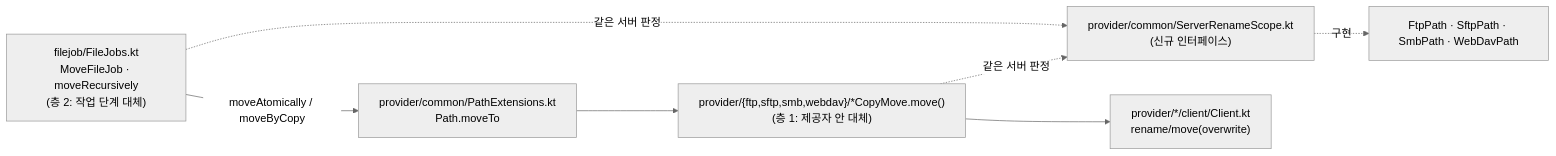
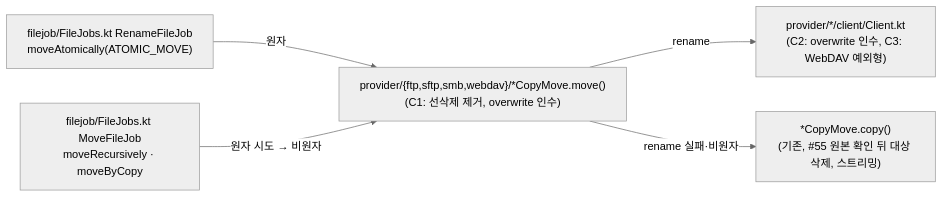
Before and after one commit to curtana/MaterialFiles: the diagram in docs/design/95-network-move/HLD.md, drawn with Mermaid (neutral theme). The commit also changed other lines of this file and 1 other file, not shown here.

Commit message:
Rework #95 SRS/HLD for owner rename/move split

````diff
--- a/docs/design/95-network-move/HLD.md
+++ b/docs/design/95-network-move/HLD.md
@@ -13,12 +13,7 @@
 ```mermaid
 flowchart LR
-  FJ["filejob/FileJobs.kt<br/>MoveFileJob · moveRecursively<br/>(층 2: 작업 단계 대체)"]
-  PE["provider/common/PathExtensions.kt<br/>Path.moveTo"]
-  RS["provider/common/ServerRenameScope.kt<br/>(신규 인터페이스)"]
-  CM["provider/{ftp,sftp,smb,webdav}/*CopyMove.move()<br/>(층 1: 제공자 안 대체)"]
-  CL["provider/*/client/Client.kt<br/>rename/move(overwrite)"]
-  FJ -->|moveAtomically / moveByCopy| PE --> CM --> CL
-  FJ -.->|같은 서버 판정| RS
-  CM -.->|같은 서버 판정| RS
-  RS -.->|구현| P["FtpPath · SftpPath · SmbPath · WebDavPath"]
+  RJ["filejob/FileJobs.kt RenameFileJob<br/>moveAtomically(ATOMIC_MOVE)"] -->|원자| CM
+  MJ["filejob/FileJobs.kt MoveFileJob<br/>moveRecursively · moveByCopy"] -->|원자 시도 → 비원자| CM
+  CM["provider/{ftp,sftp,smb,webdav}/*CopyMove.move()<br/>(C1: 선삭제 제거, overwrite 인수)"] -->|rename| CL["provider/*/client/Client.kt<br/>(C2: overwrite 인수, C3: WebDAV 예외형)"]
+  CM -->|rename 실패·비원자| CP["*CopyMove.copy()<br/>(기존, #55 원본 확인 뒤 대상 삭제, 스트리밍)"]
 ```
````
